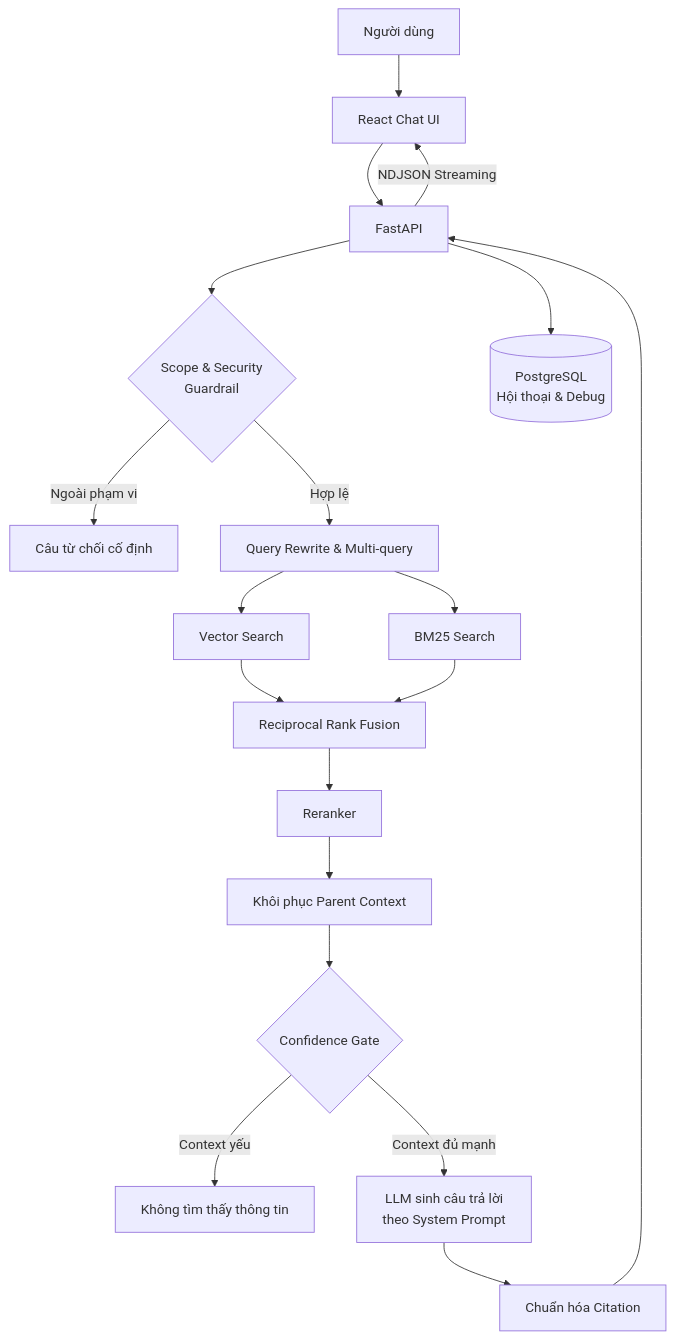
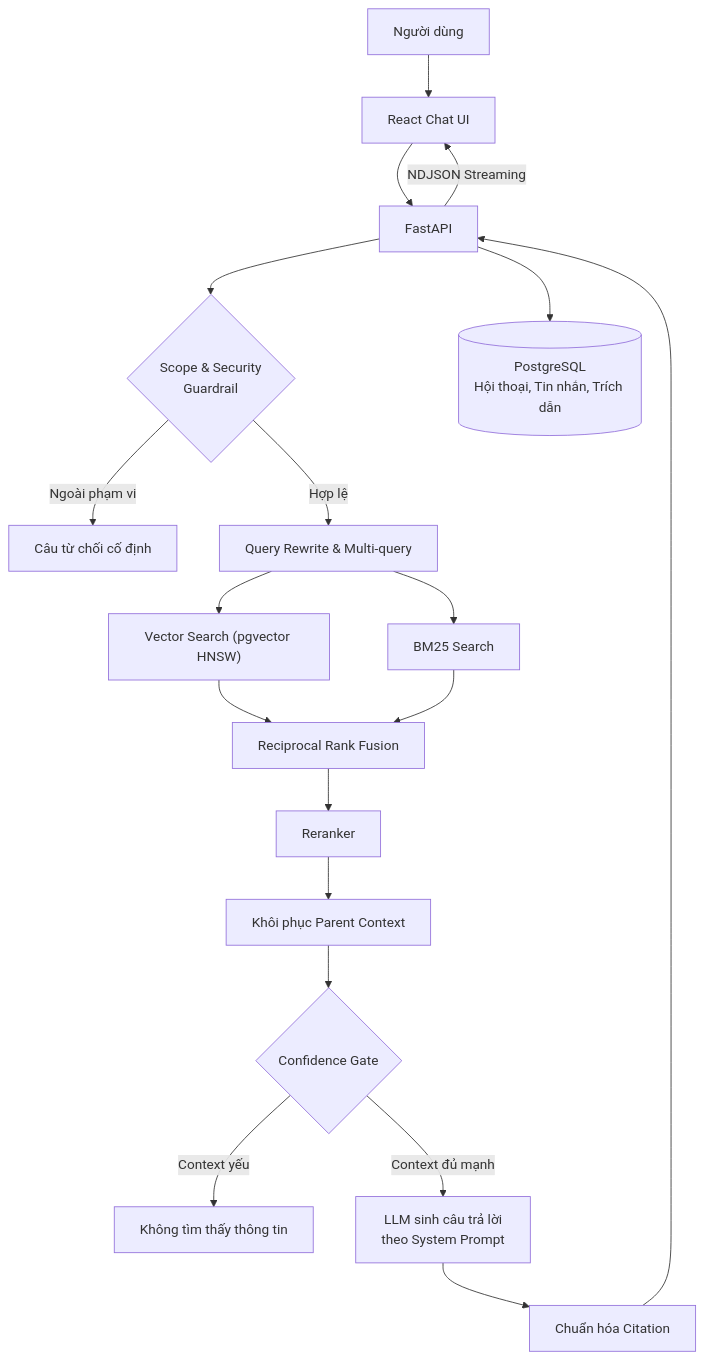
One commit to 8thMay03/PTIT-Chatbot changed the second of 2 diagrams in README.md. Above: the diagram before and after it, drawn with Mermaid. The commit also changed other lines of this file and 13 other files, not shown here.

````diff
--- a/README.md
+++ b/README.md
@@ -58,25 +57,25 @@
 ```mermaid
 flowchart TD
     U["Người dùng"] --> UI["React Chat UI"]
     UI --> API["FastAPI"]
     API --> GR{"Scope & Security<br/>Guardrail"}
 
     GR -->|"Ngoài phạm vi"| REFUSE["Câu từ chối cố định"]
     GR -->|"Hợp lệ"| QR["Query Rewrite & Multi-query"]
 
-    QR --> VS["Vector Search"]
+    QR --> VS["Vector Search (pgvector HNSW)"]
     QR --> BM["BM25 Search"]
     VS --> RRF["Reciprocal Rank Fusion"]
     BM --> RRF
     RRF --> RR["Reranker"]
     RR --> PC["Khôi phục Parent Context"]
     PC --> CF{"Confidence Gate"}
 
     CF -->|"Context yếu"| NOCTX["Không tìm thấy thông tin"]
     CF -->|"Context đủ mạnh"| LLM["LLM sinh câu trả lời<br/>theo System Prompt"]
     LLM --> CIT["Chuẩn hóa Citation"]
     CIT --> API
     API -->|"NDJSON Streaming"| UI
 
-    API --> DB[("PostgreSQL<br/>Hội thoại & Debug")]
+    API --> DB[("PostgreSQL<br/>Hội thoại, Tin nhắn, Trích dẫn")]
 ```
````
